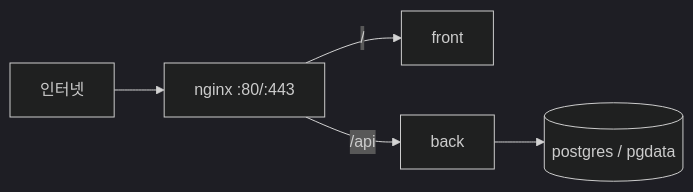
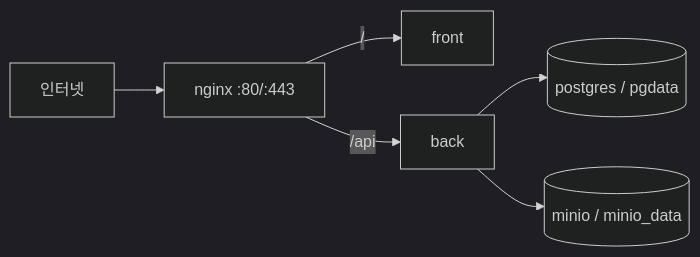
One commit to JNU-SWCU/oss-hub changed the diagram in docs/architecture.md. Above: the diagram before and after it, drawn with Mermaid (dark theme). The commit also changed other lines of this file and 3 other files, not shown here.

````diff
--- a/docs/architecture.md
+++ b/docs/architecture.md
@@ -31,7 +31,8 @@
 ```mermaid
 flowchart LR
   Internet[인터넷] --> Nginx[nginx :80/:443]
   Nginx -->|/| Front[front]
   Nginx -->|/api| Back[back]
   Back --> Postgres[(postgres / pgdata)]
+  Back --> Minio[(minio / minio_data)]
 ```
````
